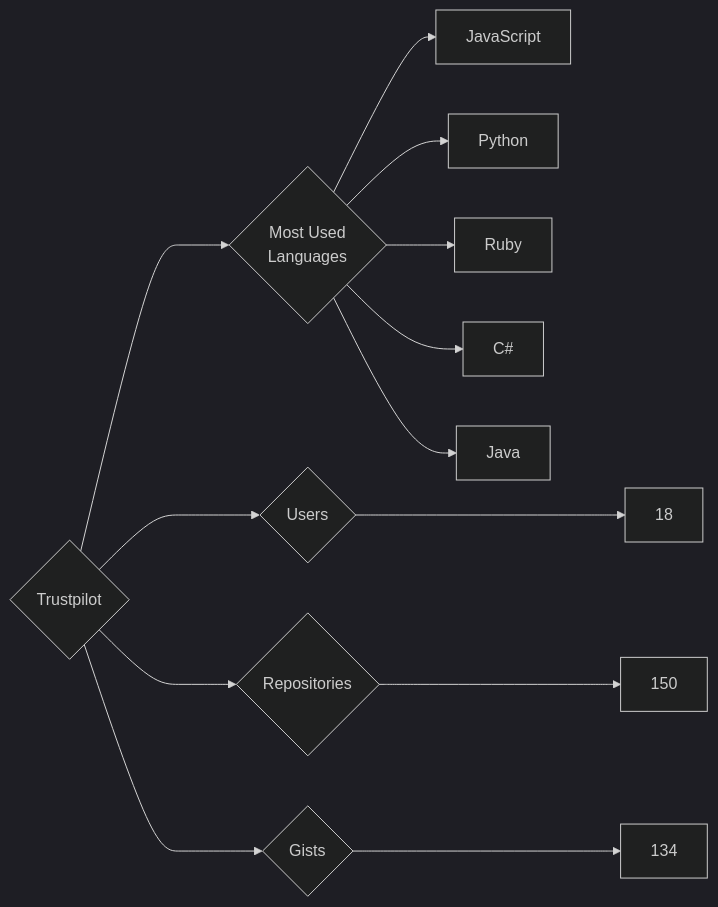
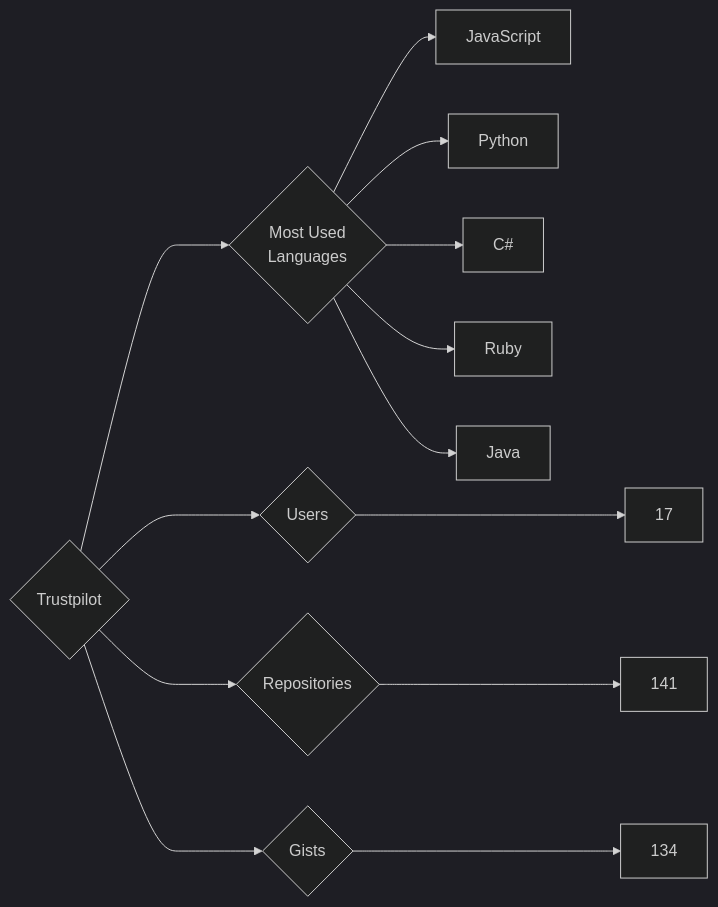
The diagram in targets/Trustpilot/README.md (trickest/insiders), drawn with Mermaid (dark theme) before and after one commit. The commit also changed 770 other files, not shown here.

````diff
--- a/targets/Trustpilot/README.md
+++ b/targets/Trustpilot/README.md
@@ -3,13 +3,13 @@
 ```mermaid
 graph LR
 COMPANY_NAME{Trustpilot}
-COMPANY_NAME ---> U{Users} ---> UN[18]
-COMPANY_NAME ---> R{Repositories} ---> RN[150]
+COMPANY_NAME ---> U{Users} ---> UN[17]
+COMPANY_NAME ---> R{Repositories} ---> RN[141]
 COMPANY_NAME ---> G{Gists} ---> GN[134]
 COMPANY_NAME ---> ML{Most Used<br>Languages}
 ML --> JavaScript[JavaScript]
 ML --> Python[Python]
+ML --> C#[C#]
 ML --> Ruby[Ruby]
-ML --> C#[C#]
 ML --> Java[Java]
 ```
````
